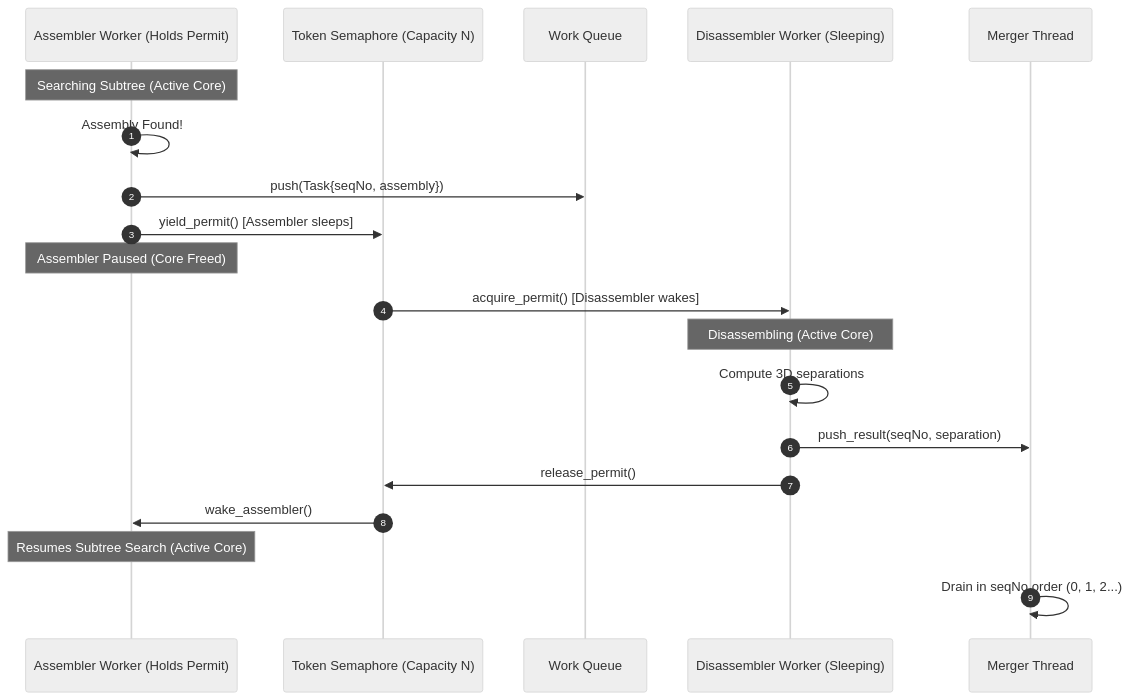
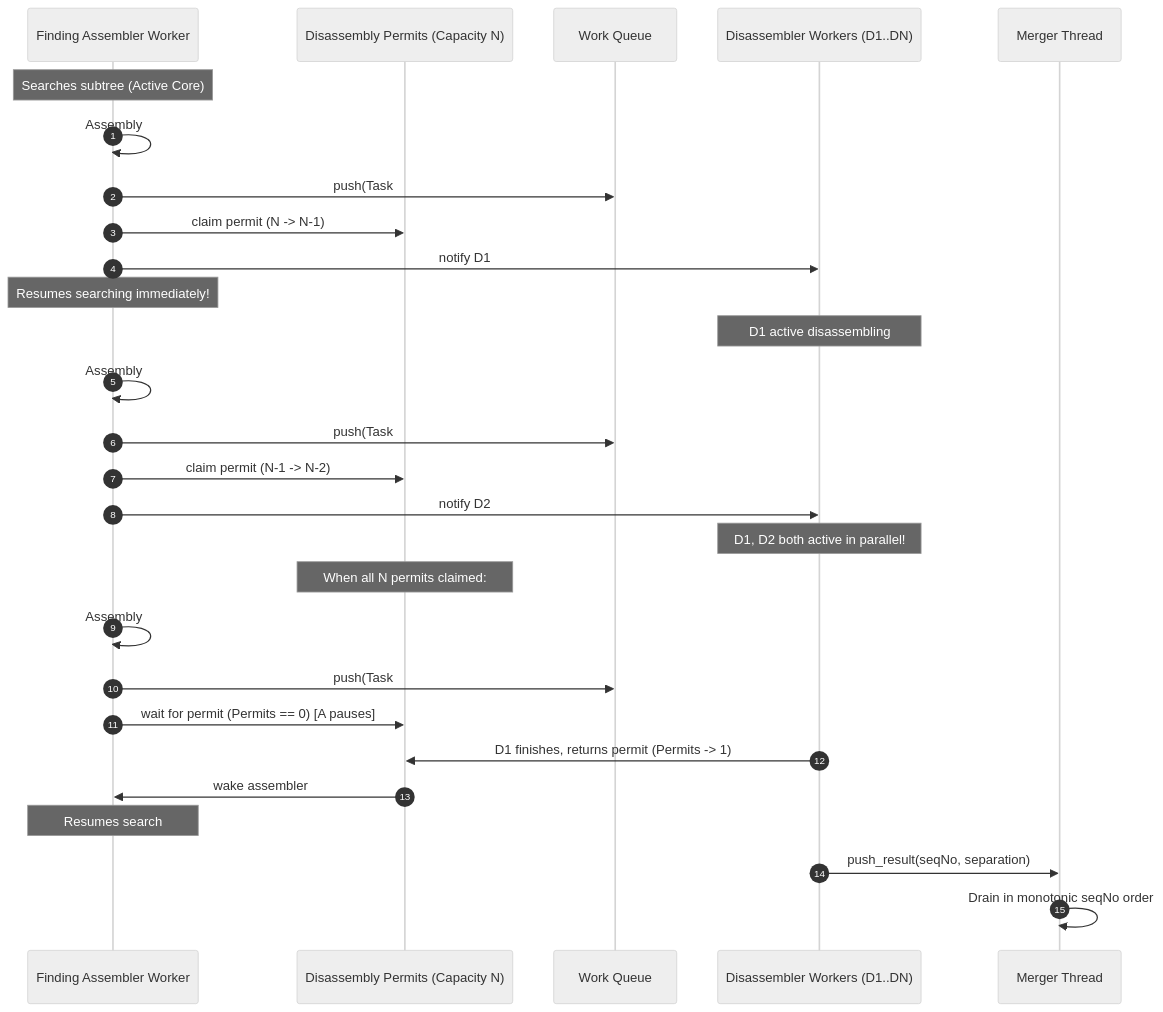
Before and after one commit to burr-tools/burr-tools: the second of 5 diagrams in design/2026-09-21-cpp20-concurrency.md, drawn with Mermaid (neutral theme). The commit also changed other lines of this file and 1 other file, not shown here.

Commit message:
docs(concurrency): document asynchronous N-permit buffer and subtree skew prevention

````diff
--- a/design/2026-09-21-cpp20-concurrency.md
+++ b/design/2026-09-21-cpp20-concurrency.md
@@ -98,23 +95,31 @@
 ```mermaid
 sequenceDiagram
     autonumber
-    participant A as Assembler Worker (Holds Permit)
-    participant S as Token Semaphore (Capacity N)
+    participant A as Finding Assembler Worker
+    participant P as Disassembly Permits (Capacity N)
     participant Q as Work Queue
-    participant D as Disassembler Worker (Sleeping)
+    participant D as Disassembler Workers (D1..DN)
     participant M as Merger Thread
 
-    Note over A: Searching Subtree (Active Core)
-    A->>A: Assembly Found!
-    A->>Q: push(Task{seqNo, assembly})
-    A->>S: yield_permit() [Assembler sleeps]
-    Note over A: Assembler Paused (Core Freed)
-    S->>D: acquire_permit() [Disassembler wakes]
-    Note over D: Disassembling (Active Core)
-    D->>D: Compute 3D separations
+    Note over A: Searches subtree (Active Core)
+    A->>A: Assembly #1 Found!
+    A->>Q: push(Task #1)
+    A->>P: claim permit (N -> N-1)
+    A->>D: notify D1
+    Note over A: Resumes searching immediately!
+    Note over D: D1 active disassembling
+    A->>A: Assembly #2 Found!
+    A->>Q: push(Task #2)
+    A->>P: claim permit (N-1 -> N-2)
+    A->>D: notify D2
+    Note over D: D1, D2 both active in parallel!
+    Note over P: When all N permits claimed:
+    A->>A: Assembly #N+1 Found!
+    A->>Q: push(Task #N+1)
+    A->>P: wait for permit (Permits == 0) [A pauses]
+    D->>P: D1 finishes, returns permit (Permits -> 1)
+    P->>A: wake assembler
+    Note over A: Resumes search
     D->>M: push_result(seqNo, separation)
-    D->>S: release_permit()
-    S->>A: wake_assembler()
-    Note over A: Resumes Subtree Search (Active Core)
-    M->>M: Drain in seqNo order (0, 1, 2...)
+    M->>M: Drain in monotonic seqNo order
 ```
````
